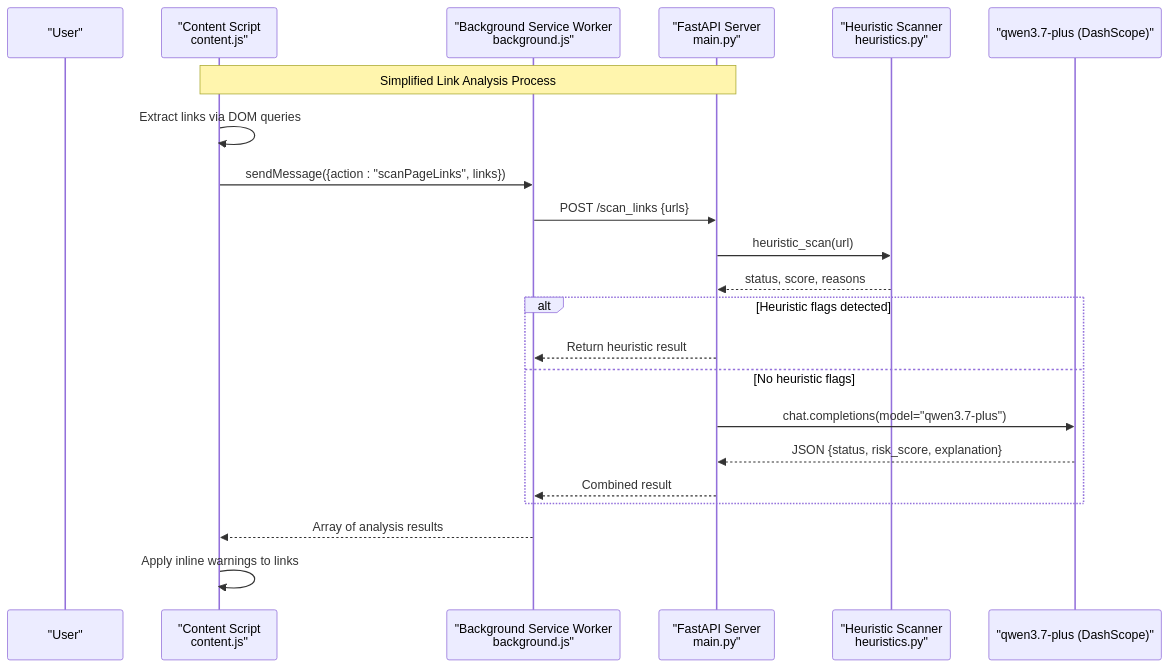
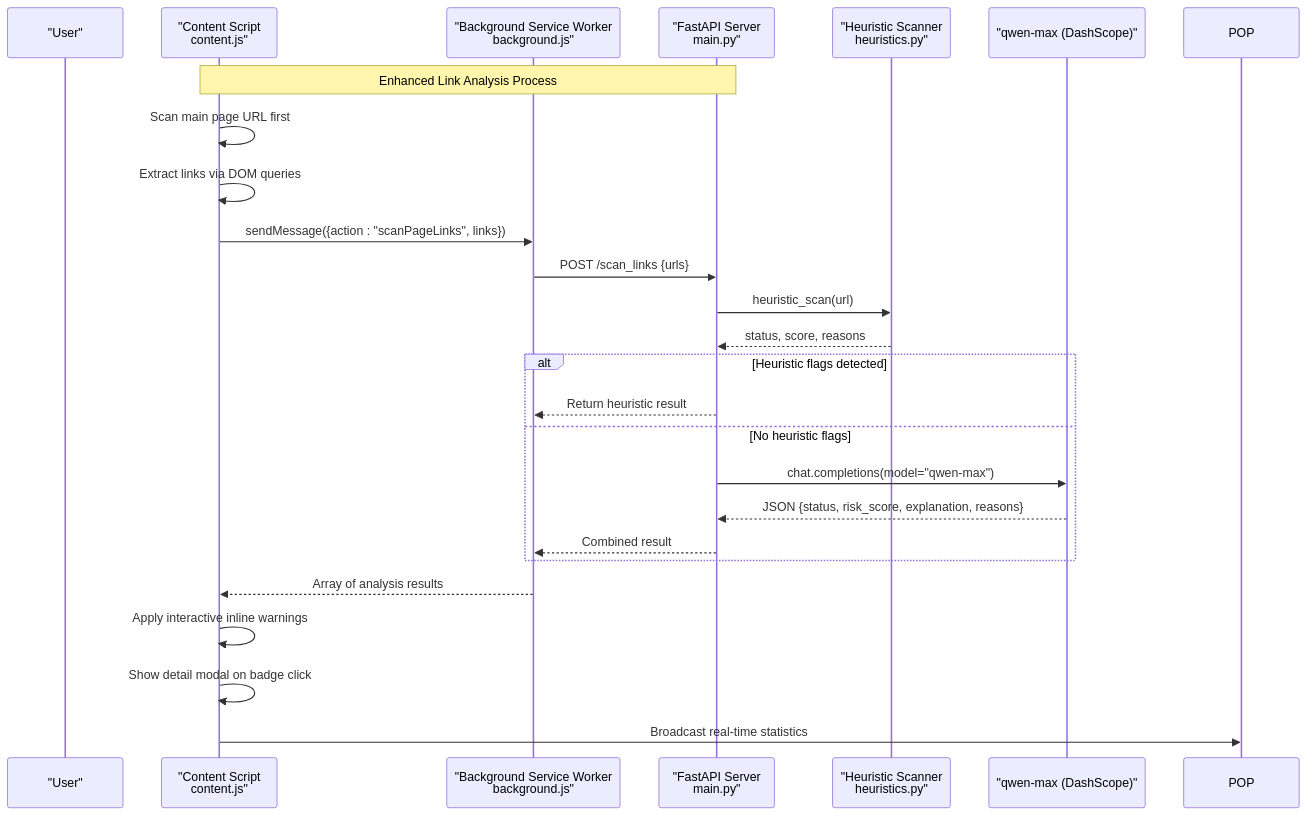
Before and after one commit to Aymanaahh/scrollguard-ai: the second of 8 diagrams in .qoder/repowiki/en/content/Threat Detection Engine.md, drawn with Mermaid. The commit also changed other lines of this file and 34 other files, not shown here.

````diff
--- a/.qoder/repowiki/en/content/Threat Detection Engine.md
+++ b/.qoder/repowiki/en/content/Threat Detection Engine.md
@@ -106,24 +109,27 @@
 ```mermaid
 sequenceDiagram
 participant User as "User"
 participant CS as "Content Script<br/>content.js"
 participant BSW as "Background Service Worker<br/>background.js"
 participant BE as "FastAPI Server<br/>main.py"
 participant HEUR as "Heuristic Scanner<br/>heuristics.py"
-participant AI as "qwen3.7-plus (DashScope)"
-Note over CS,BE : Simplified Link Analysis Process
+participant AI as "qwen-max (DashScope)"
+Note over CS,BE : Enhanced Link Analysis Process
+CS->>CS : Scan main page URL first
 CS->>CS : Extract links via DOM queries
 CS->>BSW : sendMessage({action : "scanPageLinks", links})
 BSW->>BE : POST /scan_links {urls}
 BE->>HEUR : heuristic_scan(url)
 HEUR-->>BE : status, score, reasons
 alt Heuristic flags detected
 BE-->>BSW : Return heuristic result
 else No heuristic flags
-BE->>AI : chat.completions(model="qwen3.7-plus")
-AI-->>BE : JSON {status, risk_score, explanation}
+BE->>AI : chat.completions(model="qwen-max")
+AI-->>BE : JSON {status, risk_score, explanation, reasons}
 BE-->>BSW : Combined result
 end
 BSW-->>CS : Array of analysis results
-CS->>CS : Apply inline warnings to links
+CS->>CS : Apply interactive inline warnings
+CS->>CS : Show detail modal on badge click
+CS->>POP : Broadcast real-time statistics
 ```
````
